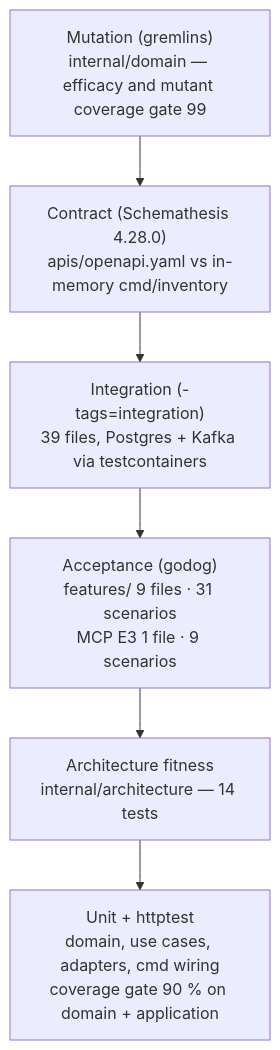
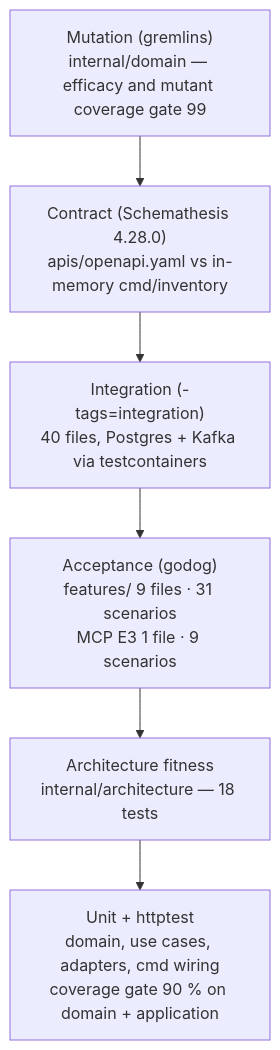
The diagram in docs/docs/development/testing.md (IQVO/inventory-storage), drawn with Mermaid before and after one commit. The commit also changed other lines of this file, not shown here.

Commit message:
docs(testing): refresh test counts after the gap-fix wave
152 *_test.go files (40 with the integration tag) and 18 architecture
fitness tests on this branch; the page said 140 / 39 / 14.

````diff
--- a/docs/docs/development/testing.md
+++ b/docs/docs/development/testing.md
@@ -14,10 +14,10 @@
 ```mermaid
 flowchart TB
   MUT["Mutation (gremlins)<br/>internal/domain — efficacy and mutant coverage gate 99"]
   CON["Contract (Schemathesis 4.28.0)<br/>apis/openapi.yaml vs in-memory cmd/inventory"]
-  INT["Integration (-tags=integration)<br/>39 files, Postgres + Kafka via testcontainers"]
+  INT["Integration (-tags=integration)<br/>40 files, Postgres + Kafka via testcontainers"]
   BDD["Acceptance (godog)<br/>features/ 9 files · 31 scenarios<br/>MCP E3 1 file · 9 scenarios"]
-  ARCH["Architecture fitness<br/>internal/architecture — 14 tests"]
+  ARCH["Architecture fitness<br/>internal/architecture — 18 tests"]
   UNIT["Unit + httptest<br/>domain, use cases, adapters, cmd wiring<br/>coverage gate 90 % on domain + application"]
   MUT --> CON --> INT --> BDD --> ARCH --> UNIT
 ```
````
